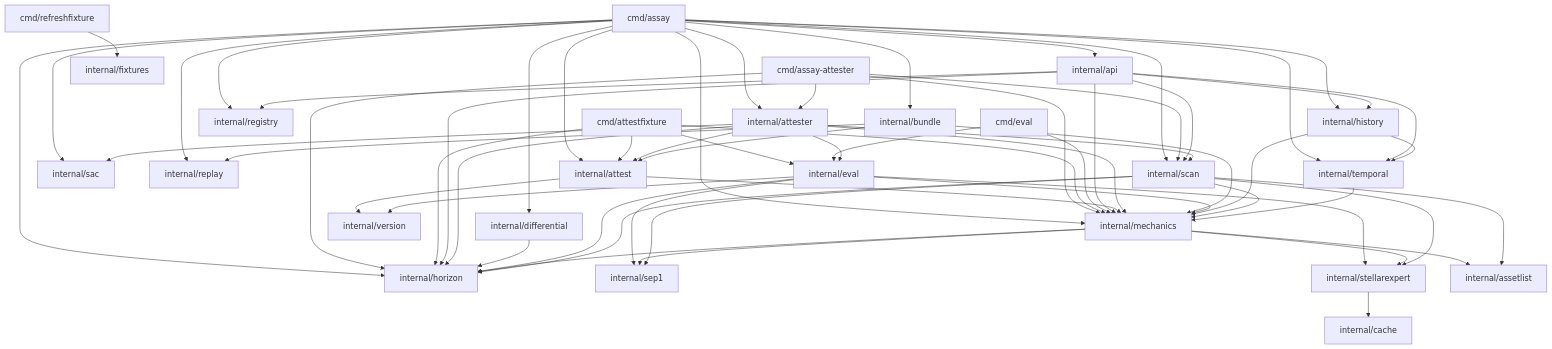
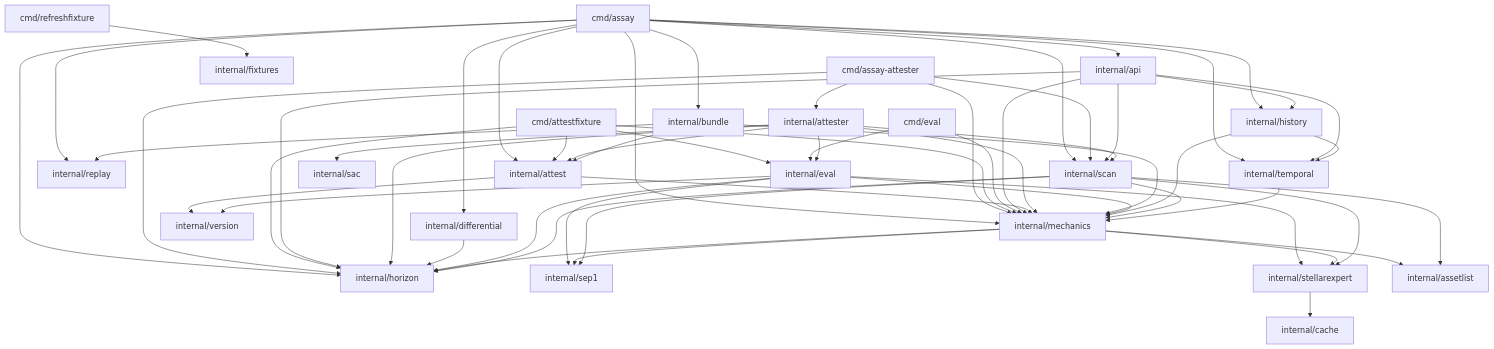
The diagram in docs/architecture.md (Jubilee-001/Assay), drawn with Mermaid before and after one commit. The commit also changed 15 other files, not shown here.

````diff
--- a/docs/architecture.md
+++ b/docs/architecture.md
@@ -95,77 +95,73 @@
 ```mermaid
 flowchart TD
     CMDASSAY["cmd/assay"] --> API["internal/api"]
     CMDASSAY --> ATTEST["internal/attest"]
-    CMDASSAY --> ATTESTER["internal/attester"]
     CMDASSAY --> BUNDLE["internal/bundle"]
     CMDASSAY --> DIFF["internal/differential"]
     CMDASSAY --> HIST["internal/history"]
     CMDASSAY --> HZ["internal/horizon"]
     CMDASSAY --> MECH["internal/mechanics"]
-    CMDASSAY --> REG["internal/registry"]
-    CMDASSAY --> SAC["internal/sac"]
     CMDASSAY --> REPLAY["internal/replay"]
     CMDASSAY --> SCAN["internal/scan"]
     CMDASSAY --> TEMP["internal/temporal"]
 
-    CMDATTESTER["cmd/assay-attester"] --> ATTESTER
+    CMDATTESTER["cmd/assay-attester"] --> ATTESTER["internal/attester"]
     CMDATTESTER --> HZ
     CMDATTESTER --> MECH
     CMDATTESTER --> SCAN
 
     CMDATTESTFIXTURE["cmd/attestfixture"] --> ATTEST
     CMDATTESTFIXTURE --> EVAL["internal/eval"]
     CMDATTESTFIXTURE --> HZ
     CMDATTESTFIXTURE --> MECH
 
     CMDEVAL["cmd/eval"] --> EVAL
     CMDEVAL --> MECH
 
     CMDREFRESHFIXTURE["cmd/refreshfixture"] --> FIXTURES["internal/fixtures"]
 
     API --> HIST["internal/history"]
     API --> HZ["internal/horizon"]
     API --> MECH
-    API --> REG
     API --> SCAN["internal/scan"]
     API --> TEMP["internal/temporal"]
 
     ATTEST --> MECH
     ATTEST --> VER["internal/version"]
     ATTESTER --> ATTEST
     ATTESTER --> EVAL
     ATTESTER --> HZ
     ATTESTER --> MECH
     ATTESTER --> SAC["internal/sac"]
     ATTESTER --> SCAN
 
     BUNDLE --> ATTEST
     BUNDLE --> MECH
     BUNDLE --> REPLAY["internal/replay"]
 
     DIFF --> HZ
 
     EVAL --> HZ
     EVAL --> MECH
     EVAL --> SEP1["internal/sep1"]
     EVAL --> EXP["internal/stellarexpert"]
     EVAL --> VER["internal/version"]
 
     EXP --> CACHE["internal/cache"]
 
     HIST --> MECH
     HIST --> TEMP
 
     MECH --> ASSETLIST["internal/assetlist"]
     MECH --> HZ
     MECH --> SEP1
     MECH --> EXP
 
     SCAN --> ASSETLIST
     SCAN --> HZ
     SCAN --> MECH
     SCAN --> SEP1
     SCAN --> EXP
 
     TEMP --> MECH
 ```
````
